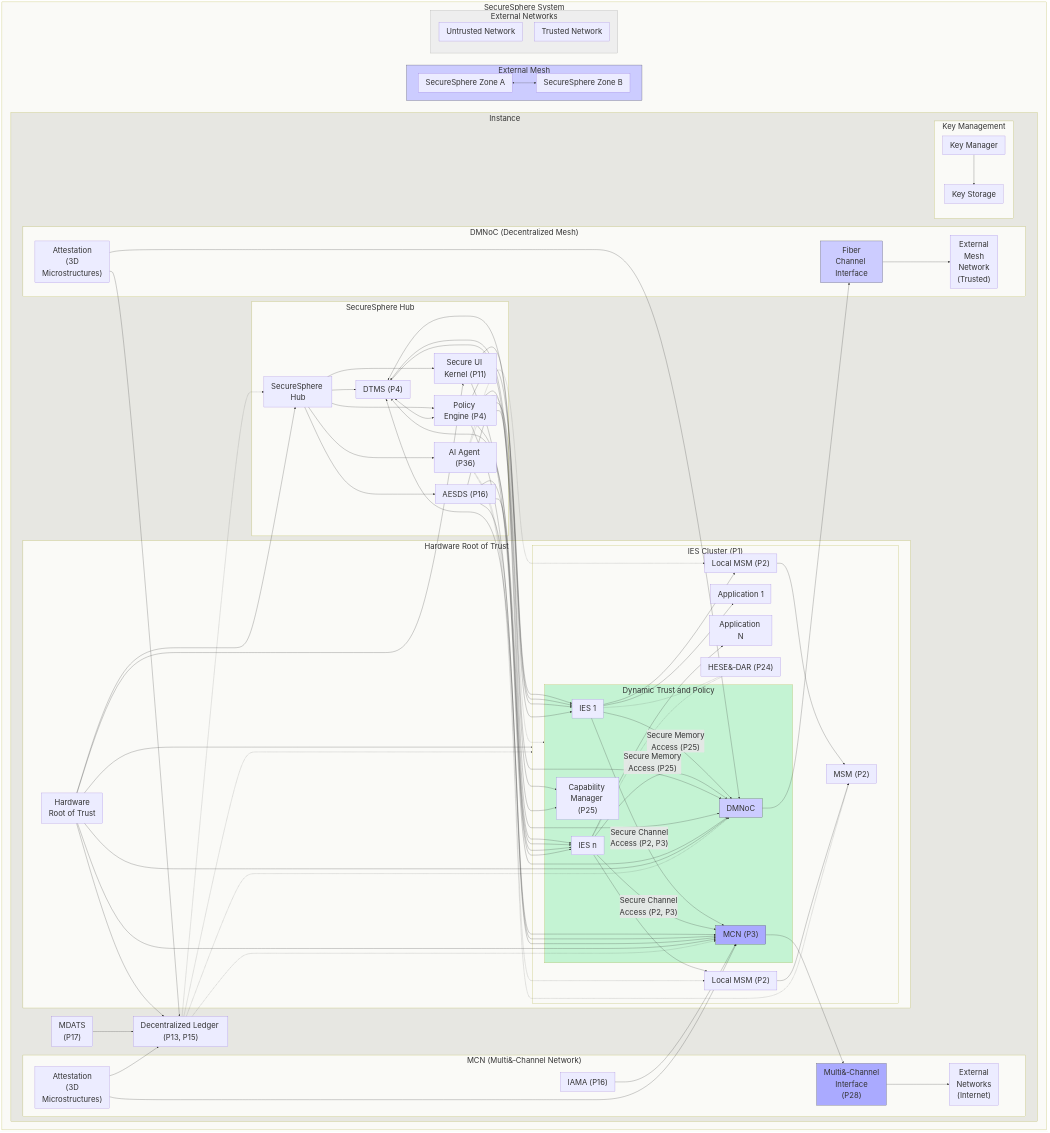
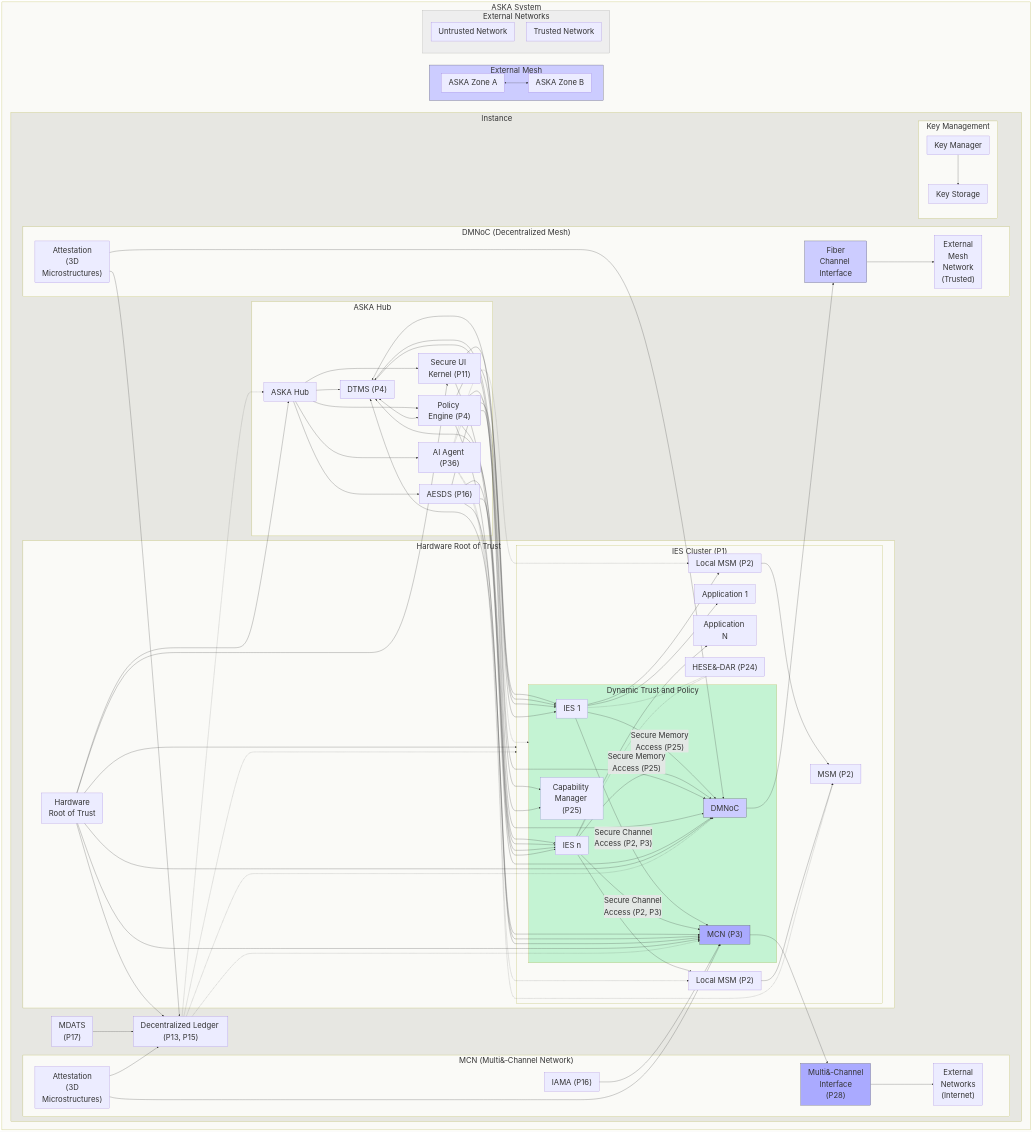
Before and after one commit to nshkrdotcom/ASKA: the second of 4 diagrams in DOC.md, drawn with Mermaid. The commit also changed other lines of this file and 1 other file, not shown here.

```diff
--- a/DOC.md
+++ b/DOC.md
@@ -206,10 +206,10 @@
     fontSize: 32px
 ---
 graph
-    subgraph SecSphSys["SecureSphere&nbsp;System"]
+    subgraph SecSphSys["ASKA&nbsp;System"]
         subgraph SecI["Instance&nbsp;&nbsp;&nbsp;&nbsp;&nbsp;&nbsp;&nbsp;&nbsp;&nbsp;&nbsp;&nbsp;&nbsp;&nbsp;&nbsp;&nbsp;&nbsp;&nbsp;&nbsp;"]
-            subgraph SH["SecureSphere&nbsp;Hub"]
-                Hub_SH["SecureSphere Hub"] --> DTMS_SH & PolicyEngine_SH & AI_Agent_SH & AESDS_SH["AESDS (P16)"] & SecureUI_SH["Secure UI Kernel (P11)"]
+            subgraph SH["ASKA&nbsp;Hub"]
+                Hub_SH["ASKA Hub"] --> DTMS_SH & PolicyEngine_SH & AI_Agent_SH & AESDS_SH["AESDS (P16)"] & SecureUI_SH["Secure UI Kernel (P11)"]
             end
             direction LR
             subgraph IC["IES&nbsp;Cluster&nbsp;(P1)"]
@@ -261,7 +261,7 @@
         end
         subgraph External_Mesh_Sub["External&nbsp;Mesh"]
             direction LR
-            ExtZoneA_EM["SecureSphere&nbsp;Zone&nbsp;A"] <--> ExtZoneB_EM["SecureSphere&nbsp;Zone&nbsp;B"]
+            ExtZoneA_EM["ASKA&nbsp;Zone&nbsp;A"] <--> ExtZoneB_EM["ASKA&nbsp;Zone&nbsp;B"]
         end
         subgraph External_Networks_Sub["External&nbsp;Networks"]
             Untrusted_EN["Untrusted&nbsp;Network"]
```
